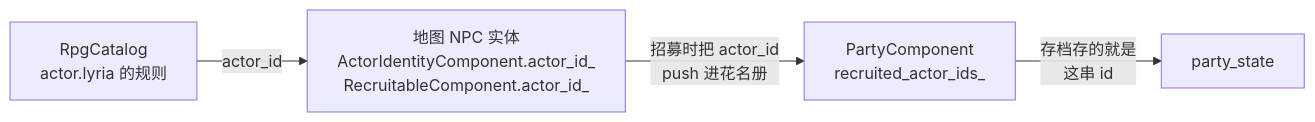
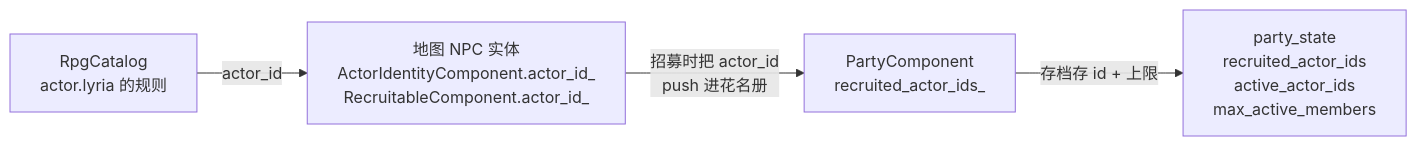
Before and after one commit to WispSnow/TinyFarmRPG: the third of 6 diagrams in lecture_plans/lectures/12-队伍与招募.md, drawn with Mermaid. The commit also changed other lines of this file and 18 other files, not shown here.

````diff
--- a/lecture_plans/lectures/12-队伍与招募.md
+++ b/lecture_plans/lectures/12-队伍与招募.md
@@ -121,6 +121,6 @@
 ```mermaid
 flowchart LR
     RPG["RpgCatalog<br/>actor.lyria 的规则"] -->|"actor_id"| MAP["地图 NPC 实体<br/>ActorIdentityComponent.actor_id_<br/>RecruitableComponent.actor_id_"]
     MAP -->|"招募时把 actor_id<br/>push 进花名册"| ROSTER["PartyComponent<br/>recruited_actor_ids_"]
-    ROSTER -->|"存档存的就是<br/>这串 id"| SAVE["party_state"]
+    ROSTER -->|"存档存 id + 上限"| SAVE["party_state<br/>recruited_actor_ids<br/>active_actor_ids<br/>max_active_members"]
 ```
````
